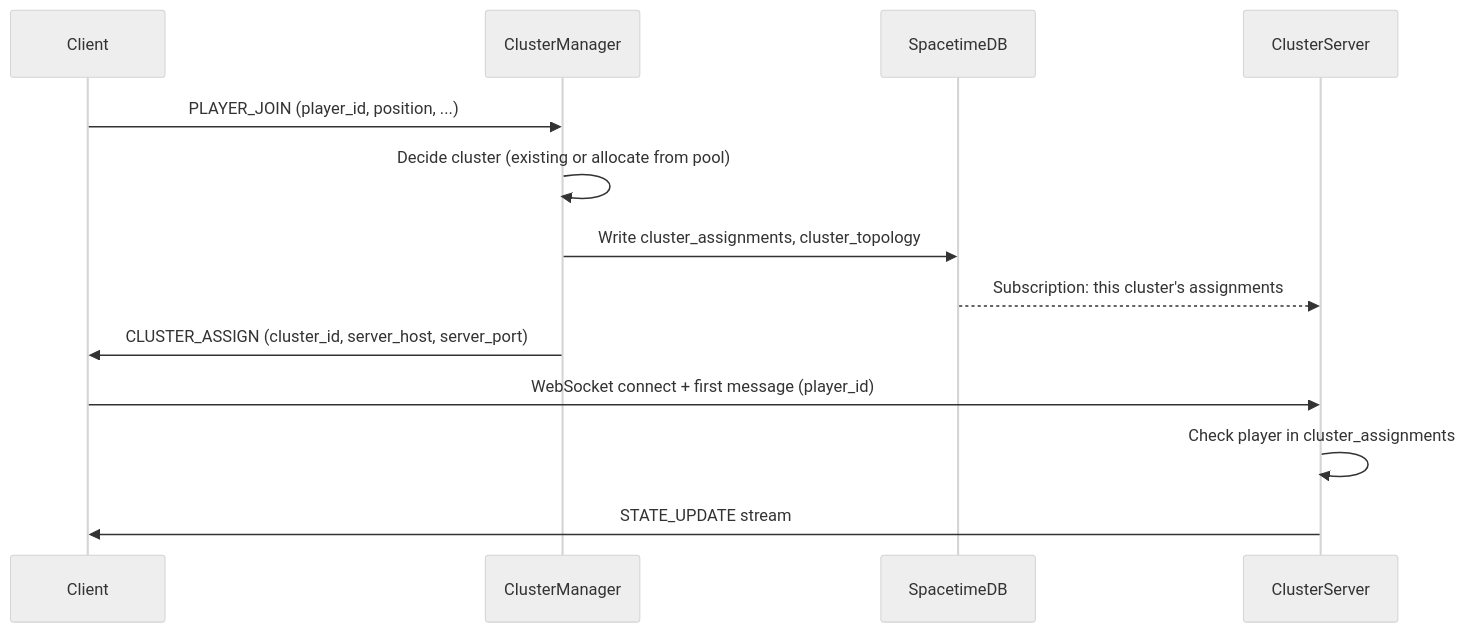
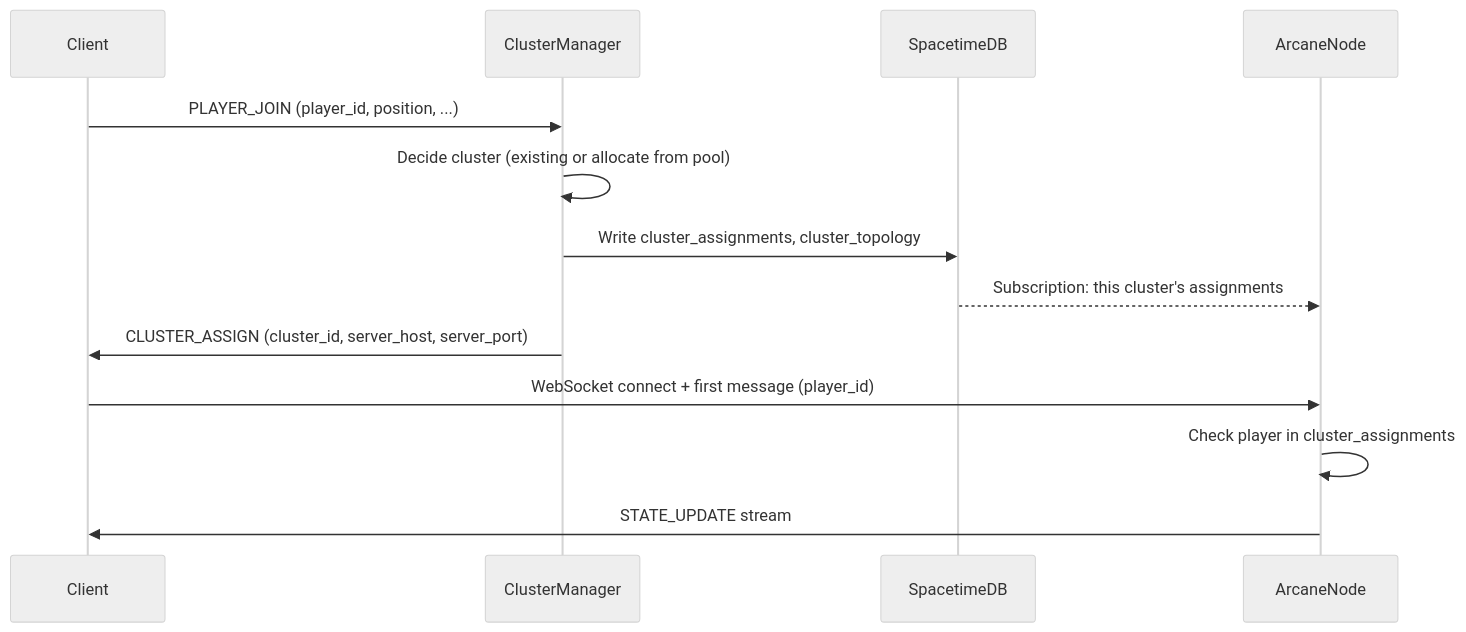
One commit to brainy-bots/arcane changed the second of 5 diagrams in docs/SYSTEM_ARCHITECTURE.md. Above: the diagram before and after it, drawn with Mermaid (neutral theme). The commit also changed other lines of this file and 15 other files, not shown here.

First line of the commit message:
docs: rename ClusterServer → ArcaneNode across all architecture docs

````diff
--- a/docs/SYSTEM_ARCHITECTURE.md
+++ b/docs/SYSTEM_ARCHITECTURE.md
@@ -57,16 +57,16 @@
 ```mermaid
 sequenceDiagram
     participant C as Client
     participant M as ClusterManager
     participant SDB as SpacetimeDB
-    participant S as ClusterServer
+    participant S as ArcaneNode
 
     C->>M: PLAYER_JOIN (player_id, position, ...)
     M->>M: Decide cluster (existing or allocate from pool)
     M->>SDB: Write cluster_assignments, cluster_topology
     SDB-->>S: Subscription: this cluster's assignments
     M->>C: CLUSTER_ASSIGN (cluster_id, server_host, server_port)
     C->>S: WebSocket connect + first message (player_id)
     S->>S: Check player in cluster_assignments
     S->>C: STATE_UPDATE stream
 ```
````
